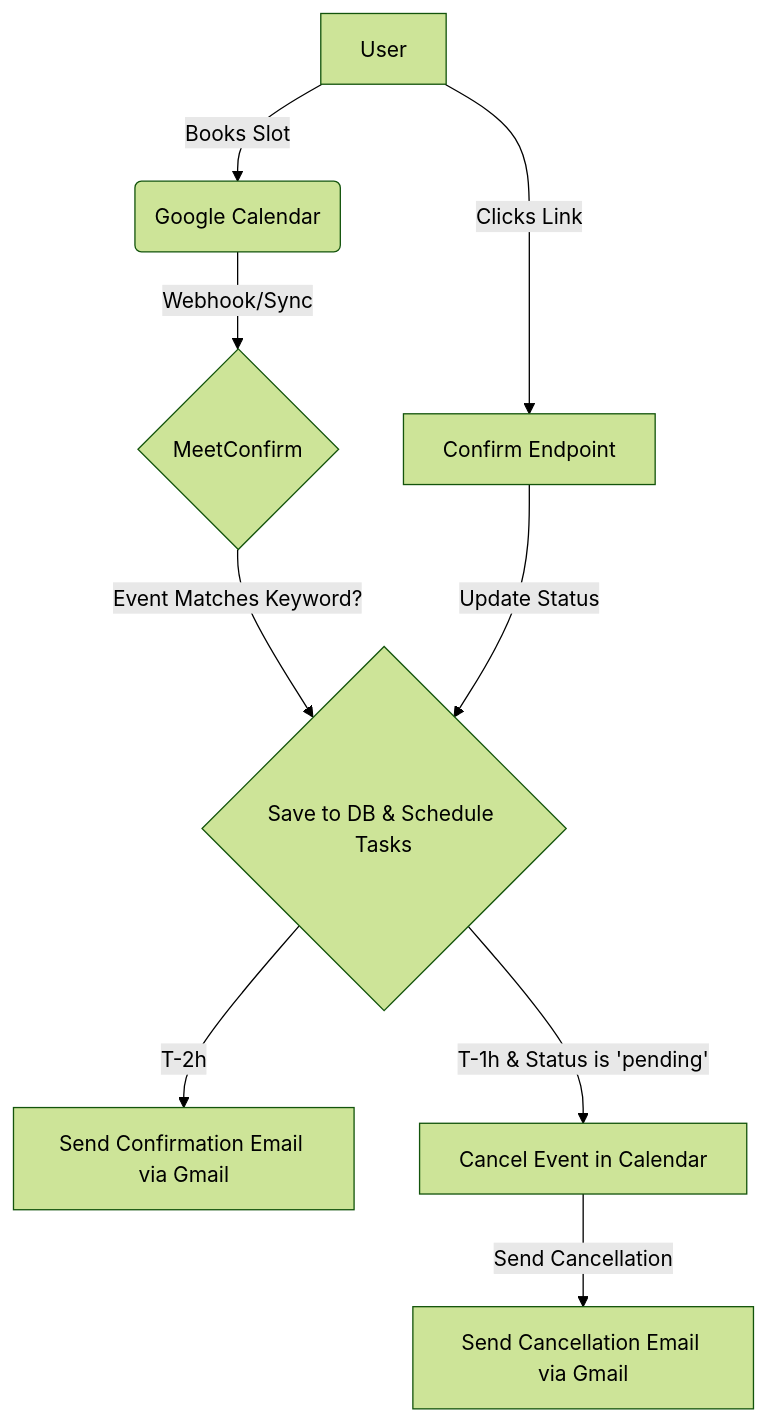
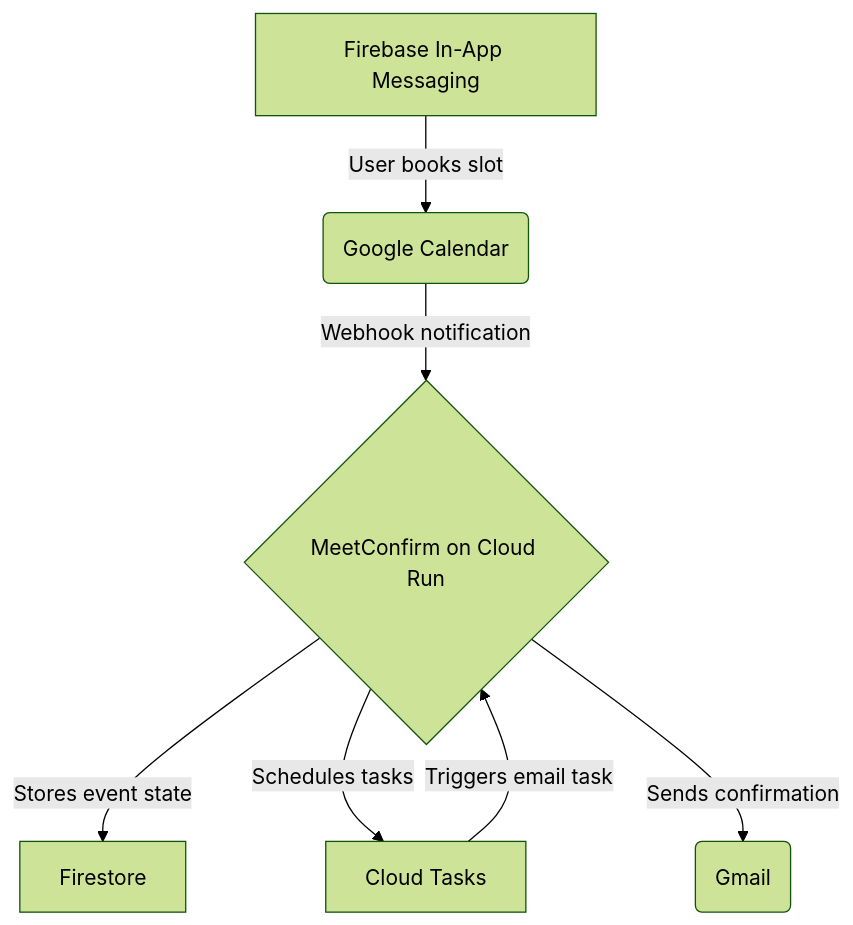
Before and after one commit to mihmosh/MeetConfirm: the diagram in README.md, drawn with Mermaid (forest theme). The commit also changed other lines of this file and 34 other files, not shown here.

Commit message:
feat: Implement full confirmation flow with cancellation and documentation

````diff
--- a/README.md
+++ b/README.md
@@ -30,11 +35,9 @@
 ```mermaid
 graph TD
-    A[User] -- Books Slot --> B(Google Calendar);
-    B -- Webhook/Sync --> C{MeetConfirm};
-    C -- Event Matches Keyword? --> D{Save to DB & Schedule Tasks};
-    D -- T-2h --> E[Send Confirmation Email via Gmail];
-    A -- Clicks Link --> F[Confirm Endpoint];
-    F -- Update Status --> D;
-    D -- T-1h & Status is 'pending' --> G[Cancel Event in Calendar];
-    G -- Send Cancellation --> H[Send Cancellation Email via Gmail];
+    A[Firebase In-App Messaging] -->|User books slot| B(Google Calendar);
+    B -->|Webhook notification| C{MeetConfirm on Cloud Run};
+    C -->|Stores event state| D[Firestore];
+    C -->|Schedules tasks| E[Cloud Tasks];
+    E -->|Triggers email task| C;
+    C -->|Sends confirmation| F(Gmail);
 ```
````
